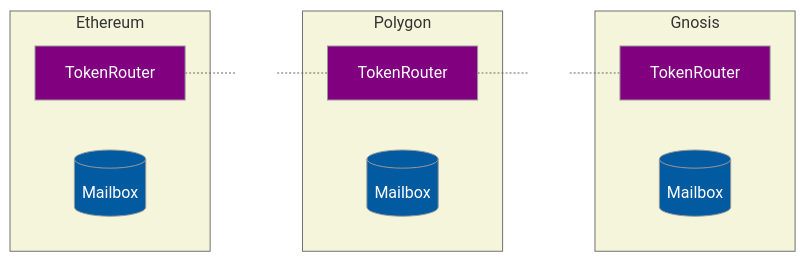
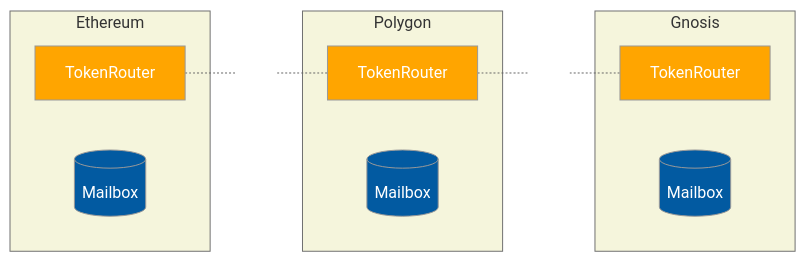
Before and after one commit to hyperlane-xyz/hyperlane-token: the first of 4 diagrams in README.md, drawn with Mermaid. The commit also changed other lines of this file, not shown here.

````diff
--- a/README.md
+++ b/README.md
@@ -9,34 +9,34 @@
 ```mermaid
 %%{ init: {
   "theme": "neutral",
   "themeVariables": {
     "mainBkg": "#025AA1",
     "textColor": "white",
     "clusterBkg": "beige"
   },
   "themeCSS": ".edgeLabel { color: black }"
 }}%%
 
 graph LR
     subgraph "Ethereum"
         HYP_E[TokenRouter]
-        style HYP_E fill:purple
+        style HYP_E fill:orange
         Mailbox_E[(Mailbox)]
     end
 
     subgraph "Polygon"
         HYP_P[TokenRouter]
-        style HYP_P fill:purple
+        style HYP_P fill:orange
         Mailbox_P[(Mailbox)]
     end
 
 
     subgraph "Gnosis"
         HYP_G[TokenRouter]
-        style HYP_G fill:purple
+        style HYP_G fill:orange
         Mailbox_G[(Mailbox)]
     end
 
     HYP_E -. "router" .- HYP_P -. "router" .- HYP_G
 
 ```
````
